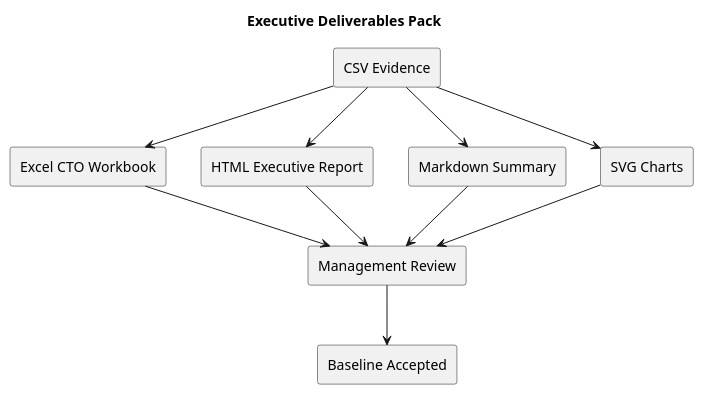
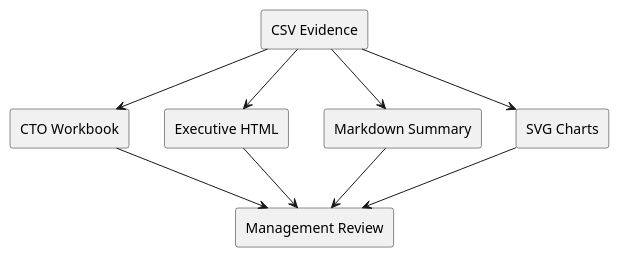
Before and after one commit to ahmadsheikhi89/ansible-managed-dc-baseline: the diagram in docs/diagrams/plantuml-fallback/04-executive-deliverables-pack.puml, drawn with PlantUML. The commit also changed 64 other files, not shown here.

```diff
--- a/docs/diagrams/plantuml-fallback/04-executive-deliverables-pack.puml
+++ b/docs/diagrams/plantuml-fallback/04-executive-deliverables-pack.puml
@@ -1,21 +1,18 @@
 @startuml
 skinparam monochrome true
 skinparam shadowing false
-title Executive Deliverables Pack
 rectangle "CSV Evidence" as A
-rectangle "Excel CTO Workbook" as B
-rectangle "HTML Executive Report" as C
+rectangle "CTO Workbook" as B
+rectangle "Executive HTML" as C
 rectangle "Markdown Summary" as D
 rectangle "SVG Charts" as E
 rectangle "Management Review" as F
-rectangle "Baseline Accepted" as G
 A --> B
 A --> C
 A --> D
 A --> E
 B --> F
 C --> F
 D --> F
 E --> F
-F --> G
 @enduml
```
